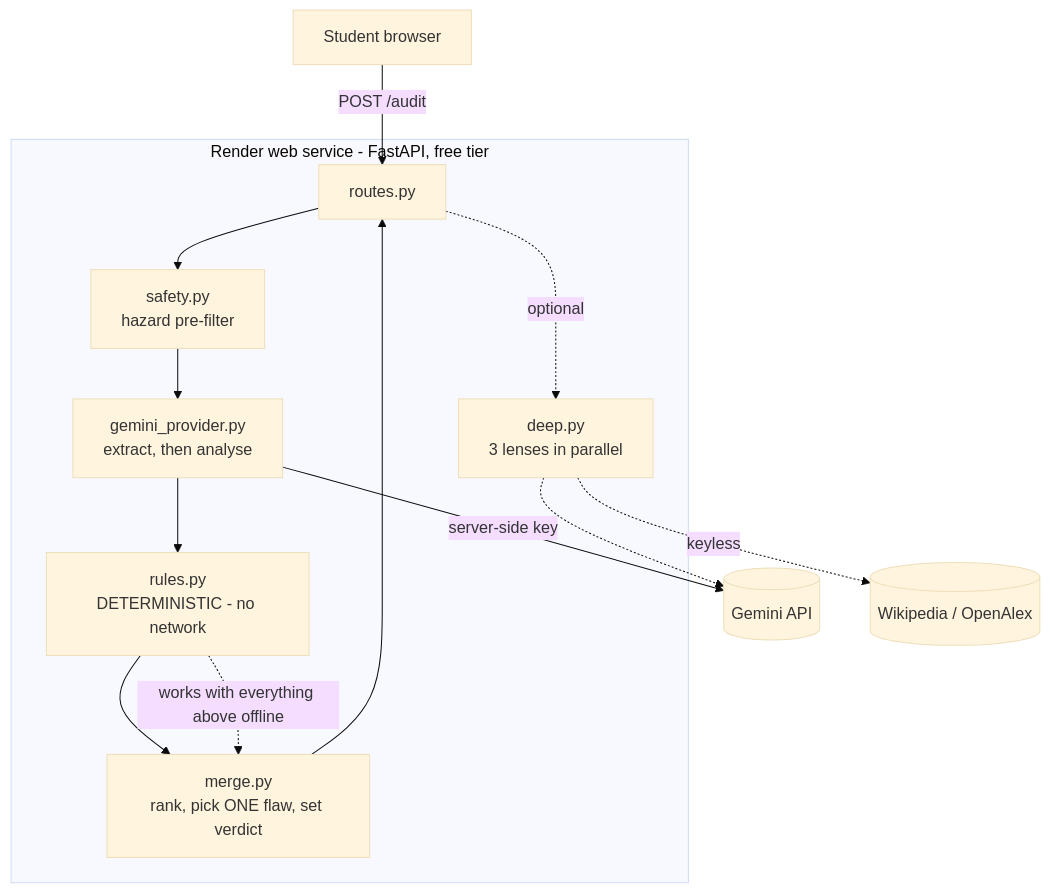
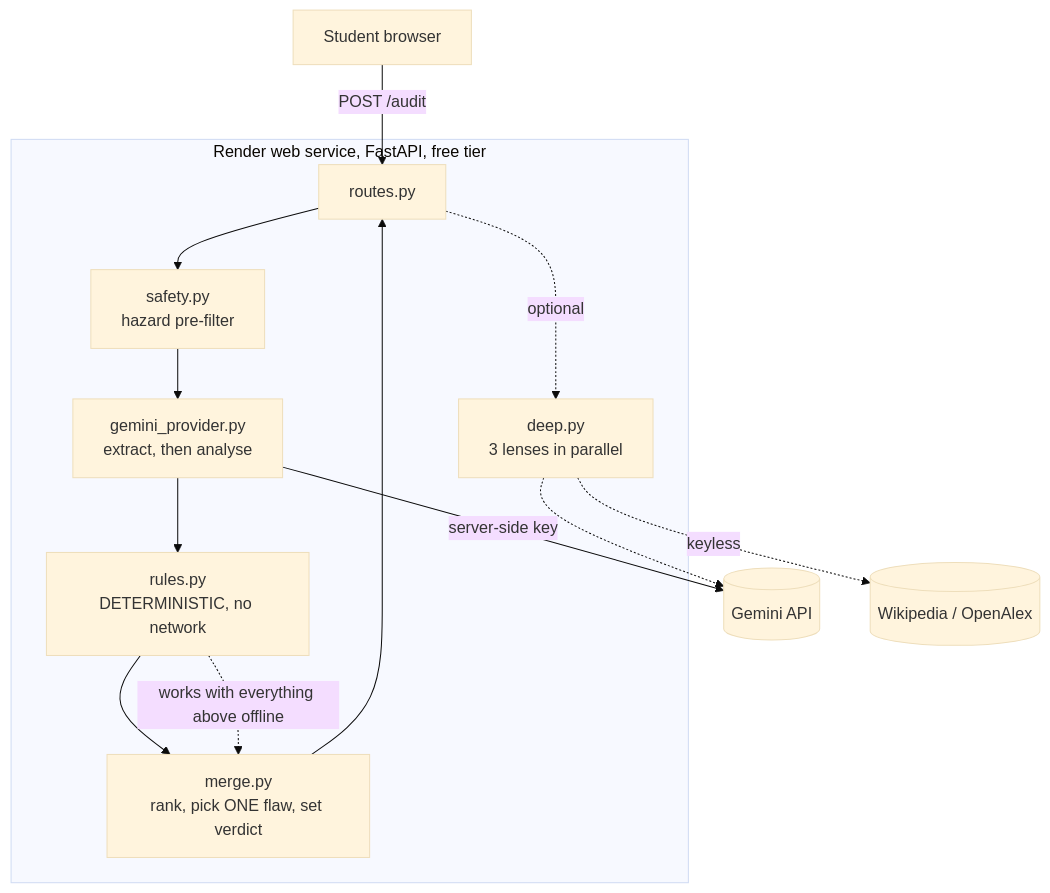
The diagram in README.md (ai-naymul/counterlab), drawn with Mermaid (base theme) before and after one commit. The commit also changed other lines of this file and 2 other files, not shown here.

````diff
--- a/README.md
+++ b/README.md
@@ -86,19 +88,19 @@
 ```mermaid
 flowchart TB
     U[Student browser] -->|POST /audit| S
 
-    subgraph WS["Render web service - FastAPI, free tier"]
+    subgraph WS["Render web service, FastAPI, free tier"]
       S[routes.py] --> SAFE[safety.py<br/>hazard pre-filter]
       SAFE --> EX[gemini_provider.py<br/>extract, then analyse]
-      EX --> RULES[rules.py<br/>DETERMINISTIC - no network]
+      EX --> RULES[rules.py<br/>DETERMINISTIC, no network]
       RULES --> MERGE[merge.py<br/>rank, pick ONE flaw, set verdict]
       MERGE --> S
       S -.->|optional| DEEP[deep.py<br/>3 lenses in parallel]
     end
 
     EX -->|server-side key| G[(Gemini API)]
     DEEP -.-> G
     DEEP -.->|keyless| EV[(Wikipedia / OpenAlex)]
 
     RULES -.->|works with everything above offline| MERGE
 ```
````
